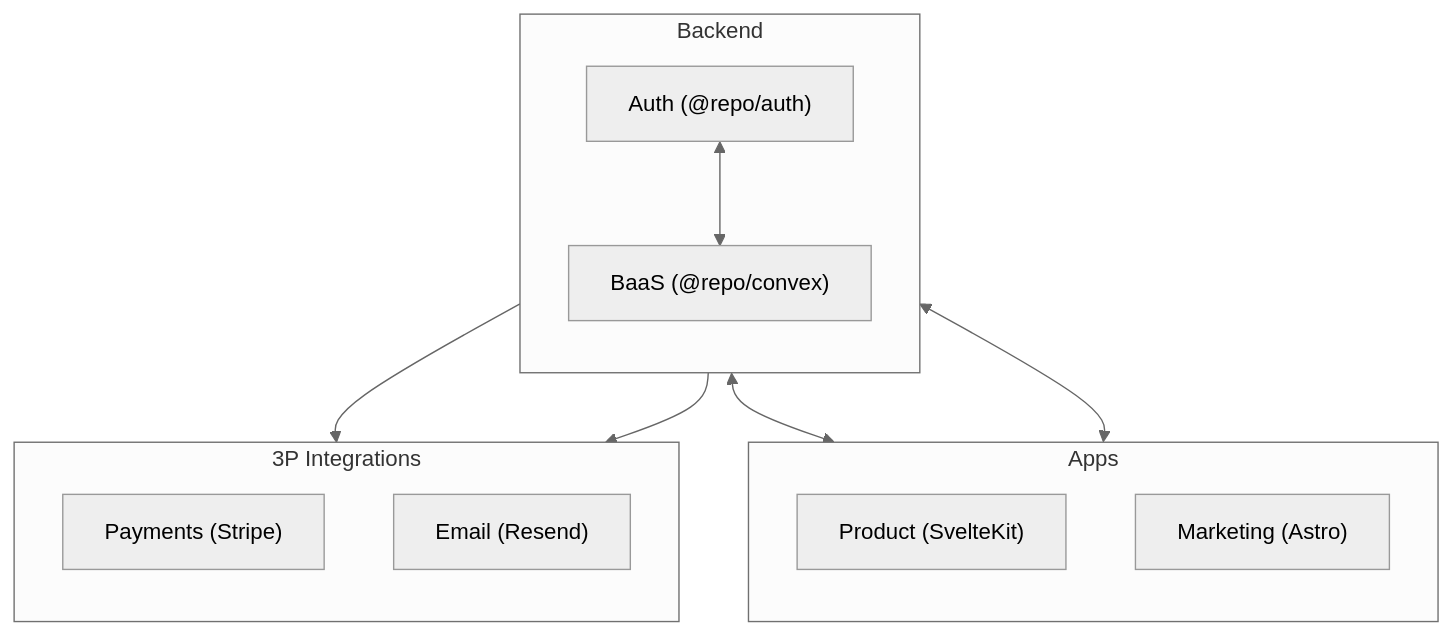
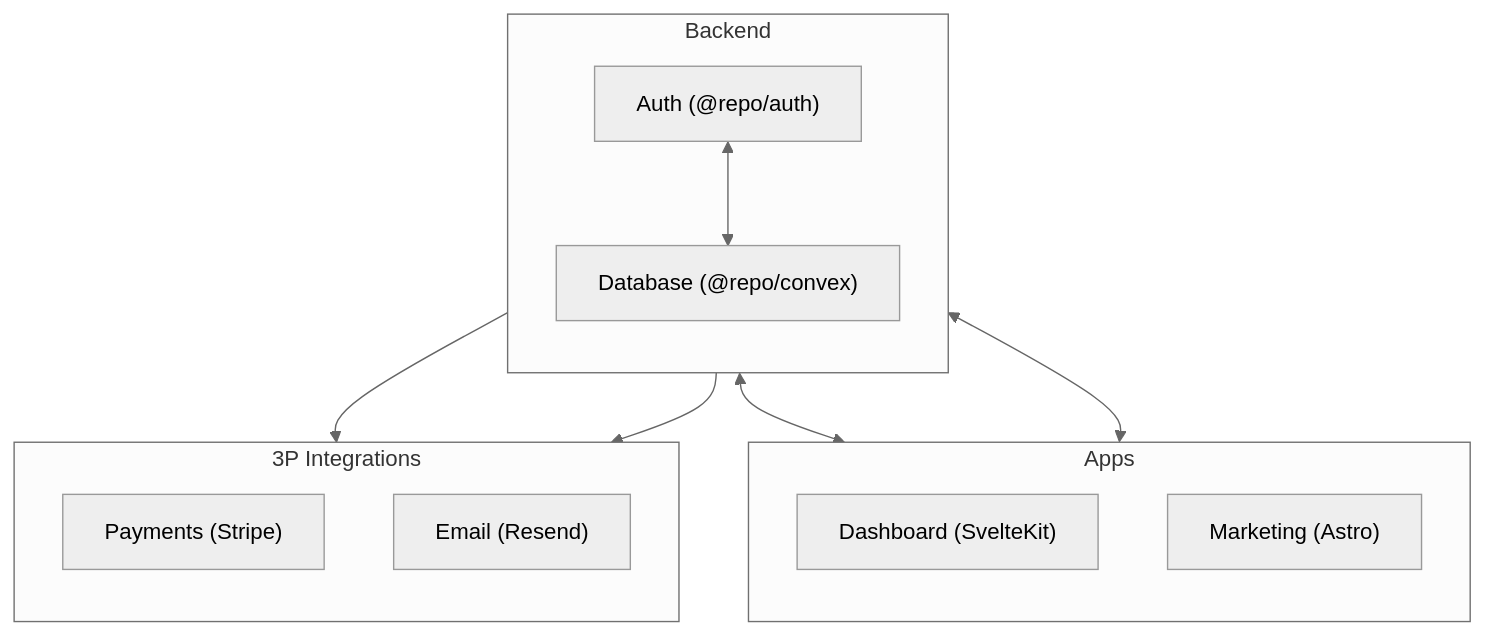
The diagram in README.md (armandthuillart/rosace), drawn with Mermaid (neutral theme) before and after one commit.

Commit message:
docs(readme): fix mermaid node labels

````diff
--- a/README.md
+++ b/README.md
@@ -121,26 +121,26 @@
 ```mermaid
 flowchart TB
   subgraph edge[Apps]
     direction TB
-    dashboard["Product (SvelteKit)"]
+    dashboard["Dashboard (SvelteKit)"]
     marketing["Marketing (Astro)"]
   end
 
   subgraph backend[Backend]
     direction TB
-    convex["BaaS (@repo/convex)"]
+    convex["Database (@repo/convex)"]
     auth["Auth (@repo/auth)"]
   end
 
   subgraph thirdParty[3P Integrations]
     direction TB
     stripe["Payments (Stripe)"]
     email["Email (Resend)"]
   end
 
   dashboard <--> convex
   auth <--> dashboard
   auth <--> convex
   convex --> stripe
   convex --> email
 ```
````
